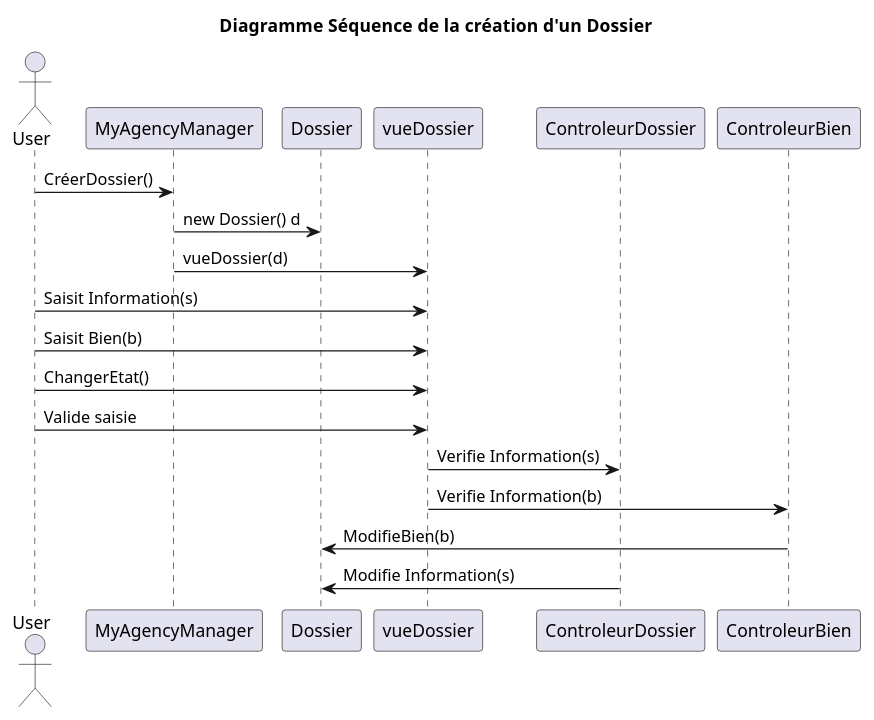
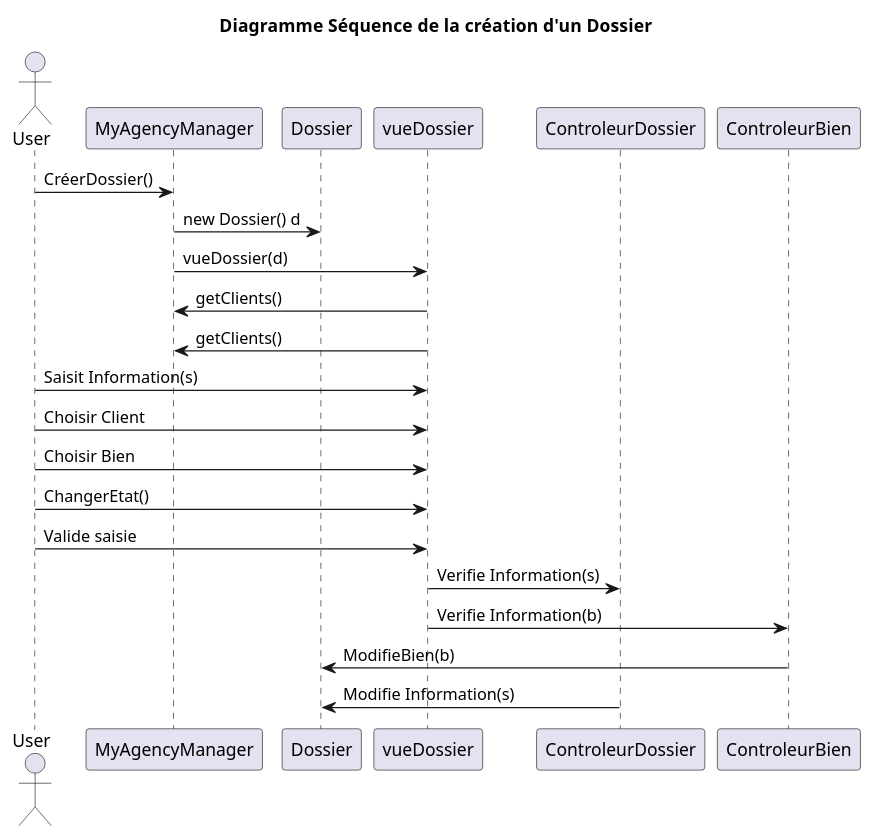
Before and after one commit to Arnaud-Sibade-Tlse/ProjetUML_Miashs: the diagram in DossierConception/SeqCreerDossier.pu, drawn with PlantUML. The commit also changed 1 other file, not shown here.

Commit message:
SEQUENCE rectifs

```diff
--- a/DossierConception/SeqCreerDossier.pu
+++ b/DossierConception/SeqCreerDossier.pu
@@ -1,24 +1,28 @@
 @startuml
 
 title Diagramme Séquence de la création  d'un Dossier
 
 actor User as U
 U -> MyAgencyManager :CréerDossier()
 
 MyAgencyManager -> Dossier :new Dossier() d
 MyAgencyManager -> vueDossier : vueDossier(d)
 
+vueDossier -> MyAgencyManager : getClients()
+vueDossier -> MyAgencyManager : getClients()
+
 U -> vueDossier :Saisit Information(s)
-U -> vueDossier :Saisit Bien(b)
+U -> vueDossier :Choisir Client
+U -> vueDossier :Choisir Bien
 U -> vueDossier :ChangerEtat()
 
 
 U -> vueDossier :Valide saisie
 
 vueDossier -> ControleurDossier :Verifie Information(s)
 vueDossier -> ControleurBien :Verifie Information(b)
 ControleurBien -> Dossier :ModifieBien(b)
 
 
 ControleurDossier -> Dossier :Modifie Information(s)
 @enduml
```
